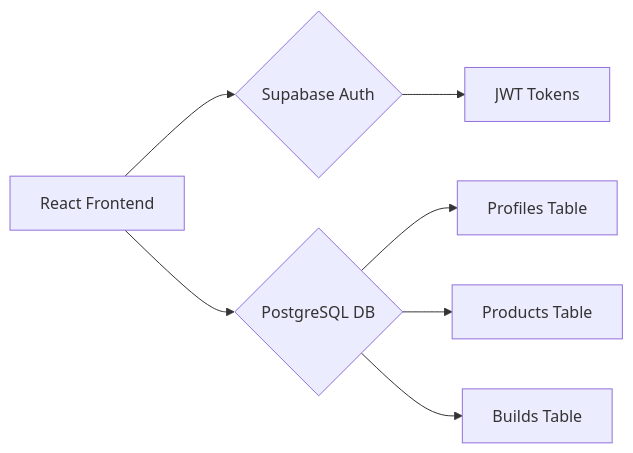
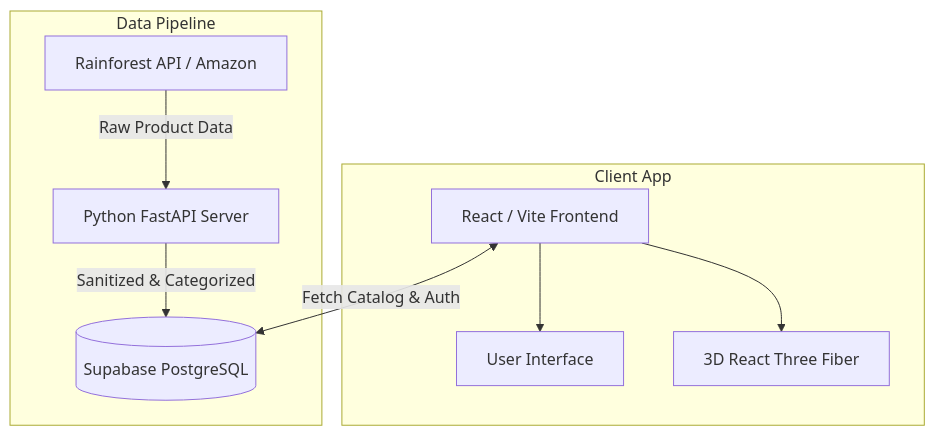
The diagram in README.md (SharveshKandavel/Revamp-AI), drawn with Mermaid before and after one commit. The commit also changed other lines of this file, not shown here.

Commit message:
docs: Rewrite README to highlight Rainforest API and Python backend

````diff
--- a/README.md
+++ b/README.md
@@ -56,9 +56,13 @@
 ```mermaid
-graph LR
-  A[React Frontend] --> B{Supabase Auth}
-  A --> C{PostgreSQL DB}
-  C --> D[Profiles Table]
-  C --> E[Products Table]
-  C --> F[Builds Table]
-  B --> G[JWT Tokens]
+graph TD
+  subgraph Data Pipeline
+    R[Rainforest API / Amazon] -->|Raw Product Data| P[Python FastAPI Server]
+    P -->|Sanitized & Categorized| DB[(Supabase PostgreSQL)]
+  end
+
+  subgraph Client App
+    F[React / Vite Frontend] <-->|Fetch Catalog & Auth| DB
+    F --> U[User Interface]
+    F --> T[3D React Three Fiber]
+  end
 ```
````
